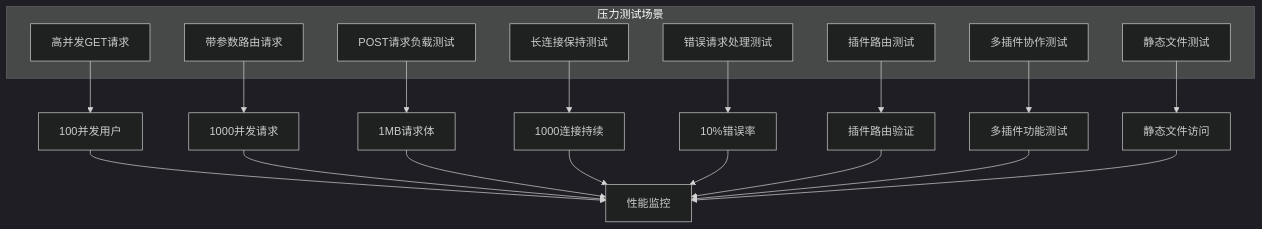
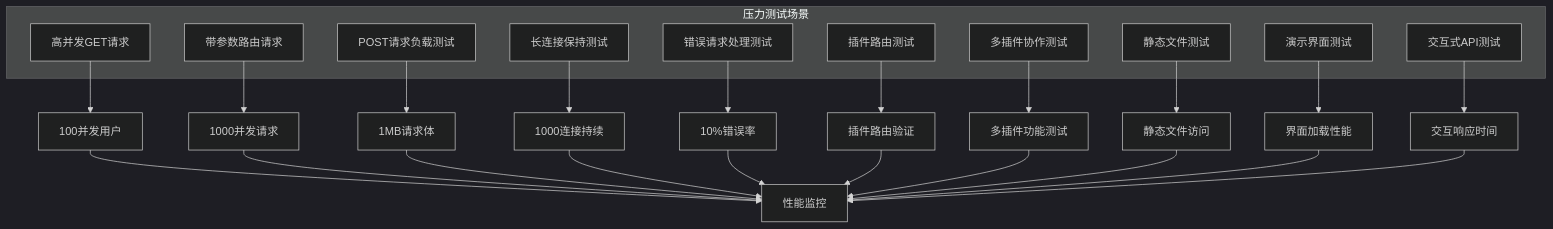
One commit to esa-sp/test-for-aone-ci changed diagram 15 of 16 in .qoder/repowiki/zh/content/后端框架测试/Fastify高性能框架测试.md. Above: the diagram before and after it, drawn with Mermaid (dark theme). The commit also changed other lines of this file and 39 other files, not shown here.

````diff
--- a/.qoder/repowiki/zh/content/后端框架测试/Fastify高性能框架测试.md
+++ b/.qoder/repowiki/zh/content/后端框架测试/Fastify高性能框架测试.md
@@ -573,29 +690,35 @@
 ```mermaid
 flowchart TD
 subgraph "压力测试场景"
 S1[高并发GET请求]
 S2[带参数路由请求]
 S3[POST请求负载测试]
 S4[长连接保持测试]
 S5[错误请求处理测试]
 S6[插件路由测试]
 S7[多插件协作测试]
 S8[静态文件测试]
+S9[演示界面测试]
+S10[交互式API测试]
 end
 S1 --> M1[100并发用户]
 S2 --> M2[1000并发请求]
 S3 --> M3[1MB请求体]
 S4 --> M4[1000连接持续]
 S5 --> M5[10%错误率]
 S6 --> M6[插件路由验证]
 S7 --> M7[多插件功能测试]
 S8 --> M8[静态文件访问]
+S9 --> M9[界面加载性能]
+S10 --> M10[交互响应时间]
 M1 --> R[性能监控]
 M2 --> R
 M3 --> R
 M4 --> R
 M5 --> R
 M6 --> R
 M7 --> R
 M8 --> R
+M9 --> R
+M10 --> R
 ```
````
